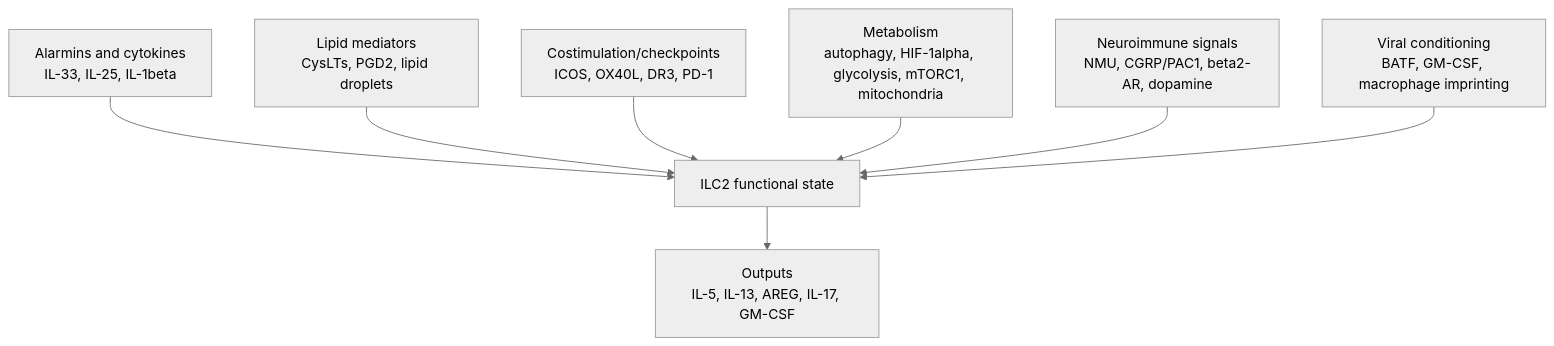
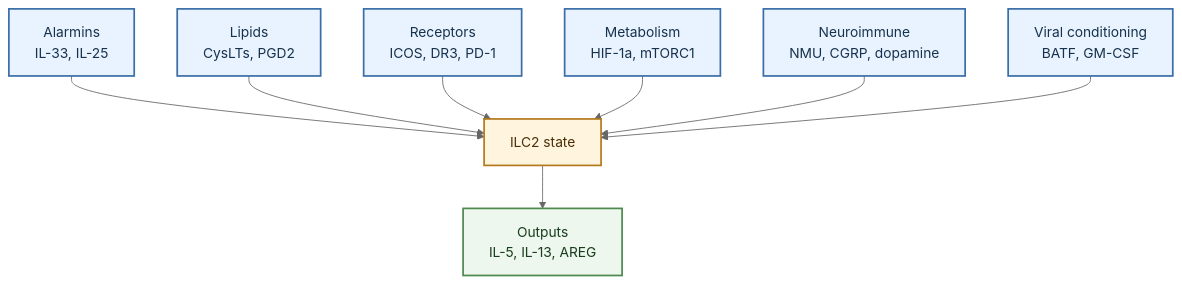
One commit to shao1116/ILC-Wiki changed the diagram in wiki/topics/ILC2_functional_regulation_mechanisms.md. Above: the diagram before and after it, drawn with Mermaid (neutral theme). The commit also changed 14 other files, not shown here.

````diff
--- a/wiki/topics/ILC2_functional_regulation_mechanisms.md
+++ b/wiki/topics/ILC2_functional_regulation_mechanisms.md
@@ -86,22 +86,30 @@
 ```mermaid
 flowchart TD
     accTitle: ILC2 Regulation Map
     accDescr: Mechanistic regulatory layers controlling ILC2 function in the current wiki source set.
 
-    alarmins["Alarmins and cytokines<br/>IL-33, IL-25, IL-1beta"]
-    lipids["Lipid mediators<br/>CysLTs, PGD2, lipid droplets"]
-    receptors["Costimulation/checkpoints<br/>ICOS, OX40L, DR3, PD-1"]
-    metabolism["Metabolism<br/>autophagy, HIF-1alpha, glycolysis, mTORC1, mitochondria"]
-    neuro["Neuroimmune signals<br/>NMU, CGRP/PAC1, beta2-AR, dopamine"]
-    infection["Viral conditioning<br/>BATF, GM-CSF, macrophage imprinting"]
-    ilc2["ILC2 functional state"]
-    output["Outputs<br/>IL-5, IL-13, AREG, IL-17, GM-CSF"]
+    alarmins["Alarmins<br/>IL-33, IL-25"]
+    lipids["Lipids<br/>CysLTs, PGD2"]
+    receptors["Receptors<br/>ICOS, DR3, PD-1"]
+    metabolism["Metabolism<br/>HIF-1a, mTORC1"]
+    neuro["Neuroimmune<br/>NMU, CGRP, dopamine"]
+    infection["Viral conditioning<br/>BATF, GM-CSF"]
+    ilc2["ILC2 state"]
+    output["Outputs<br/>IL-5, IL-13, AREG"]
 
     alarmins --> ilc2
     lipids --> ilc2
     receptors --> ilc2
     metabolism --> ilc2
     neuro --> ilc2
     infection --> ilc2
     ilc2 --> output
+
+    classDef input fill:#e8f3ff,stroke:#3b6ea8,stroke-width:2px,color:#17324d
+    classDef cell fill:#fff4de,stroke:#b47a1f,stroke-width:2px,color:#4a3108
+    classDef output_class fill:#eef7ed,stroke:#4d8a50,stroke-width:2px,color:#173d1d
+
+    class alarmins,lipids,receptors,metabolism,neuro,infection input
+    class ilc2 cell
+    class output output_class
 ```
````
